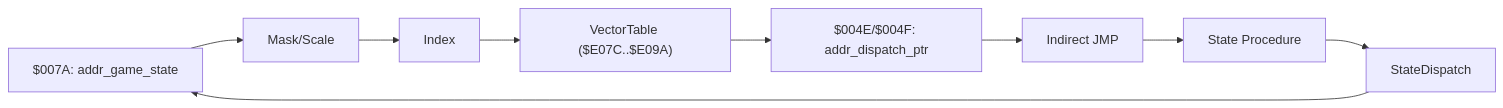
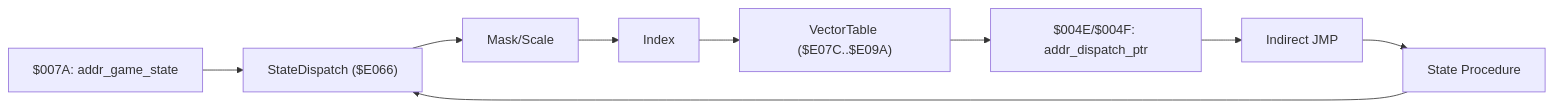
One commit to rabbyzero/sango2dasm changed the fifth of 5 diagrams in .qoder/repowiki/en/content/Game State Management/State Machine Architecture/Vector Dispatch Mechanism.md. Above: the diagram before and after it, drawn with Mermaid. The commit also changed other lines of this file and 9 other files, not shown here.

````diff
--- a/.qoder/repowiki/en/content/Game State Management/State Machine Architecture/Vector Dispatch Mechanism.md
+++ b/.qoder/repowiki/en/content/Game State Management/State Machine Architecture/Vector Dispatch Mechanism.md
@@ -229,11 +273,11 @@
 ```mermaid
 graph LR
-GS["$007A: addr_game_state"] --> ALU["Mask/Scale"]
+GS["$007A: addr_game_state"] --> SD["StateDispatch ($E066)"]
+SD --> ALU["Mask/Scale"]
 ALU --> IDX["Index"]
 IDX --> VT["VectorTable ($E07C..$E09A)"]
 VT --> DP["$004E/$004F: addr_dispatch_ptr"]
 DP --> JMP["Indirect JMP"]
 JMP --> PROC["State Procedure"]
-PROC --> SD["StateDispatch"]
-SD --> GS
+PROC --> SD
 ```
````
